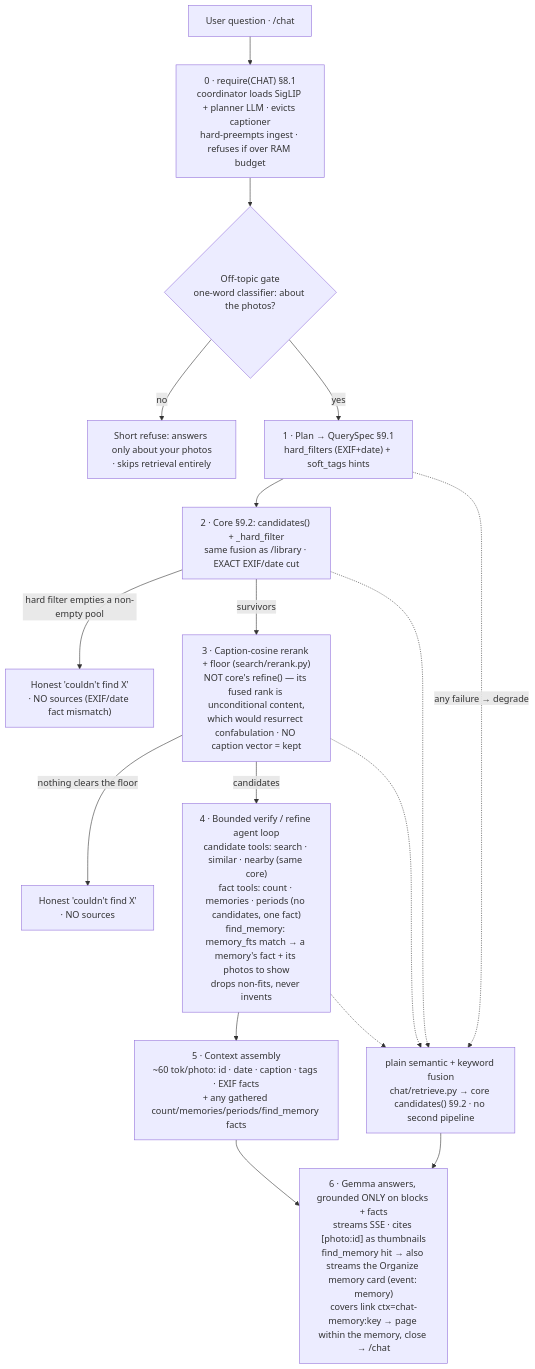
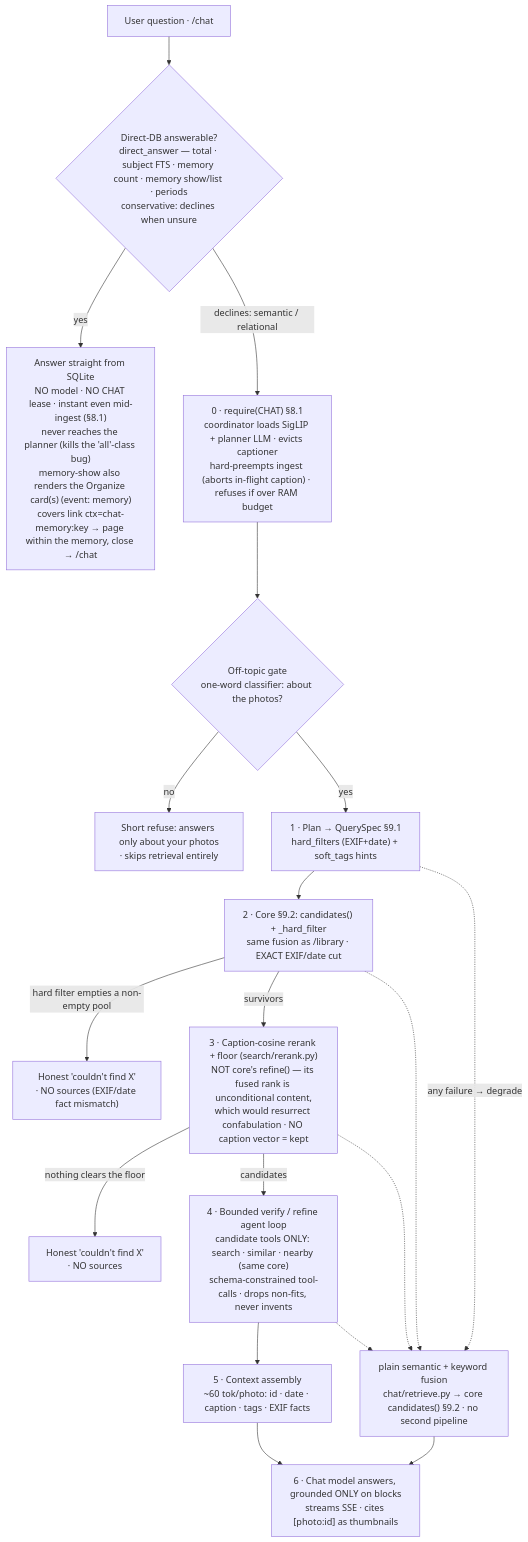
Before and after one commit to sadensmol/ivms777: the fifth of 6 diagrams in docs/design.md, drawn with Mermaid. The commit also changed other lines of this file and 55 other files, not shown here.

````diff
--- a/docs/design.md
+++ b/docs/design.md
@@ -1127,20 +1248,22 @@
 ```mermaid
 flowchart TB
-    quest["User question · /chat"] --> lease["0 · require(CHAT) §8.1<br/>coordinator loads SigLIP + planner LLM · evicts captioner<br/>hard-preempts ingest · refuses if over RAM budget"]
+    quest["User question · /chat"] --> direct{"Direct-DB answerable?<br/>direct_answer — total · subject FTS · memory count · memory show/list · periods<br/>conservative: declines when unsure"}
+    direct -->|yes| dbans["Answer straight from SQLite<br/>NO model · NO CHAT lease · instant even mid-ingest (§8.1)<br/>never reaches the planner (kills the 'all'-class bug)<br/>memory-show also renders the Organize card(s) (event: memory)<br/>covers link ctx=chat-memory:key → page within the memory, close → /chat"]
+    direct -->|declines: semantic / relational| lease["0 · require(CHAT) §8.1<br/>coordinator loads SigLIP + planner LLM · evicts captioner<br/>hard-preempts ingest (aborts in-flight caption) · refuses if over RAM budget"]
     lease --> gate{"Off-topic gate<br/>one-word classifier: about the photos?"}
     gate -->|no| refuse["Short refuse: answers only about your photos<br/>· skips retrieval entirely"]
     gate -->|yes| plan["1 · Plan → QuerySpec §9.1<br/>hard_filters (EXIF+date) + soft_tags hints"]
     plan --> core["2 · Core §9.2: candidates() + _hard_filter<br/>same fusion as /library · EXACT EXIF/date cut"]
     core -->|hard filter empties a non-empty pool| honestfilter["Honest 'couldn't find X'<br/>· NO sources (EXIF/date fact mismatch)"]
     core -->|survivors| rerank["3 · Caption-cosine rerank + floor (search/rerank.py)<br/>NOT core's refine() — its fused rank is unconditional content,<br/>which would resurrect confabulation · NO caption vector = kept"]
     rerank -->|nothing clears the floor| honest["Honest 'couldn't find X'<br/>· NO sources"]
-    rerank -->|candidates| loop["4 · Bounded verify / refine agent loop<br/>candidate tools: search · similar · nearby (same core)<br/>fact tools: count · memories · periods (no candidates, one fact)<br/>find_memory: memory_fts match → a memory's fact + its photos to show<br/>drops non-fits, never invents"]
-    loop --> ctx["5 · Context assembly<br/>~60 tok/photo: id · date · caption · tags · EXIF facts<br/>+ any gathered count/memories/periods/find_memory facts"]
-    ctx --> ans["6 · Gemma answers, grounded ONLY on blocks + facts<br/>streams SSE · cites [photo:id] as thumbnails<br/>find_memory hit → also streams the Organize memory card (event: memory)<br/>covers link ctx=chat-memory:key → page within the memory, close → /chat"]
+    rerank -->|candidates| loop["4 · Bounded verify / refine agent loop<br/>candidate tools ONLY: search · similar · nearby (same core)<br/>schema-constrained tool-calls · drops non-fits, never invents"]
+    loop --> ctx["5 · Context assembly<br/>~60 tok/photo: id · date · caption · tags · EXIF facts"]
+    ctx --> ans["6 · Chat model answers, grounded ONLY on blocks<br/>streams SSE · cites [photo:id] as thumbnails"]
 
     plan -.->|any failure → degrade| fb["plain semantic + keyword fusion<br/>chat/retrieve.py → core candidates() §9.2 · no second pipeline"]
     core -.-> fb
     rerank -.-> fb
     loop -.-> fb
     fb --> ans
 ```
````
